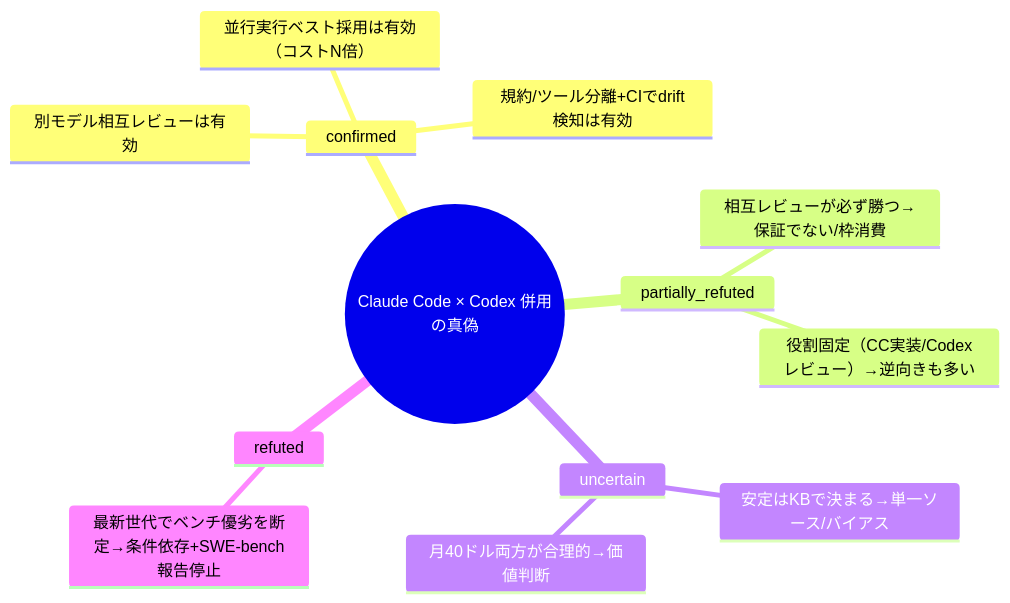
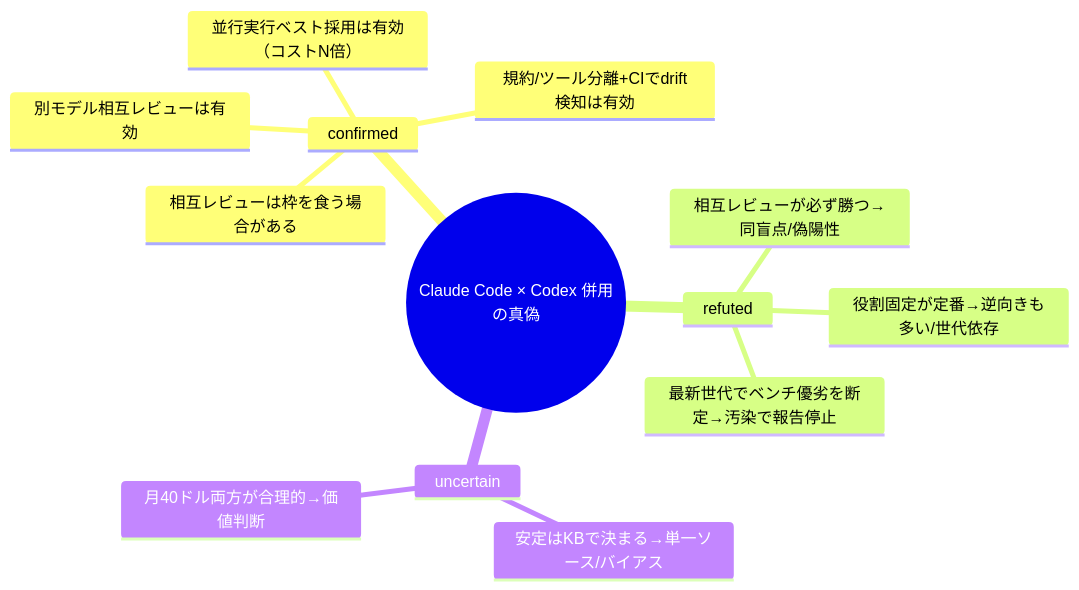
Before and after one commit to silmo-yokohama/knowledge-hub: the second of 2 diagrams in 01.Research/2026-05-31_claude-code-vs-openai-codex.md, drawn with Mermaid. The commit also changed other lines of this file, not shown here.

First line of the commit message:
research: ベンチ事実を訂正（Opus 4.8 SWE-bench Verified 88.6%、SWE-bench汚染で報告停止）

````diff
--- a/01.Research/2026-05-31_claude-code-vs-openai-codex.md
+++ b/01.Research/2026-05-31_claude-code-vs-openai-codex.md
@@ -210,16 +216,16 @@
 ```mermaid
 mindmap
   root((Claude Code × Codex 併用の真偽))
     confirmed
       別モデル相互レビューは有効
       並行実行ベスト採用は有効（コストN倍）
       規約/ツール分離+CIでdrift検知は有効
-    partially_refuted
-      相互レビューが必ず勝つ→保証でない/枠消費
-      役割固定（CC実装/Codexレビュー）→逆向きも多い
+      相互レビューは枠を食う場合がある
+    refuted
+      相互レビューが必ず勝つ→同盲点/偽陽性
+      役割固定が定番→逆向きも多い/世代依存
+      最新世代でベンチ優劣を断定→汚染で報告停止
     uncertain
       安定はKBで決まる→単一ソース/バイアス
       月40ドル両方が合理的→価値判断
-    refuted
-      最新世代でベンチ優劣を断定→条件依存+SWE-bench報告停止
 ```
````
